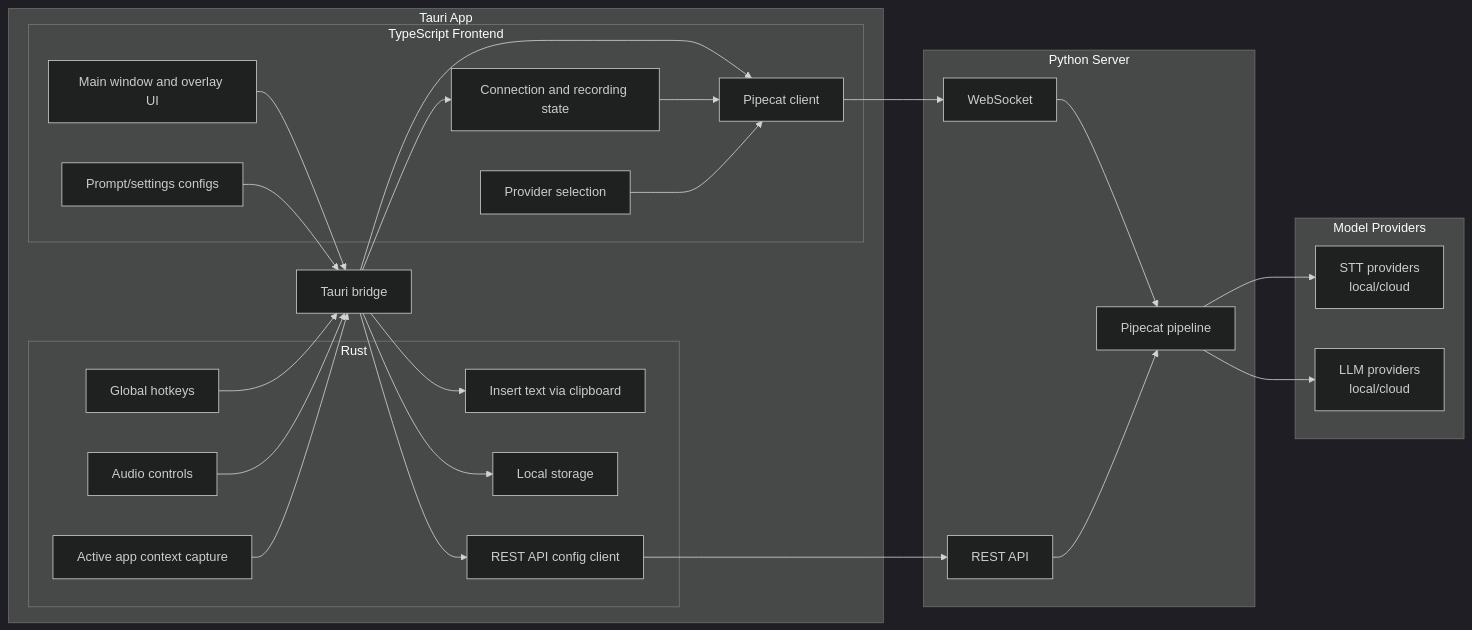
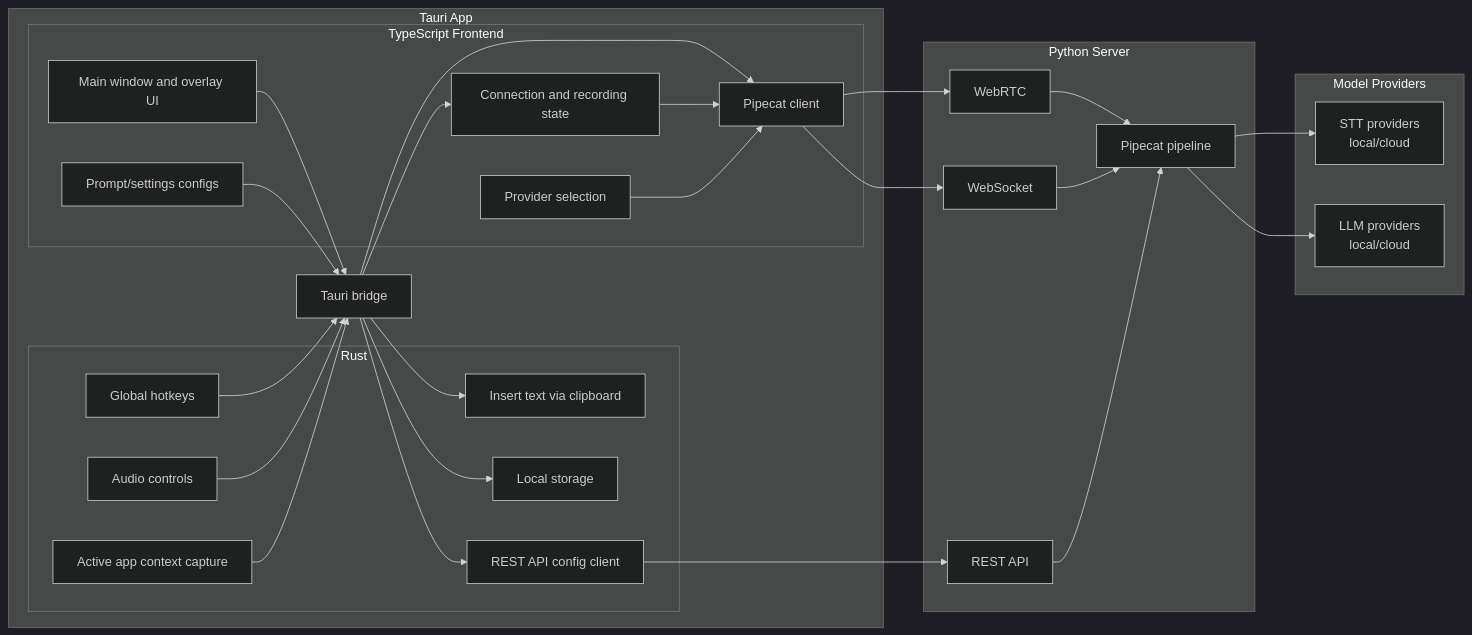
Before and after one commit to geekbozu/tambourine-voice: the diagram in docs/architecture-diagram.md, drawn with Mermaid (dark theme). The commit also changed other lines of this file and 1 other file, not shown here.

````diff
--- a/docs/architecture-diagram.md
+++ b/docs/architecture-diagram.md
@@ -17,53 +17,56 @@
 ```mermaid
 flowchart LR
     subgraph Tauri["Tauri App"]
         subgraph Rust["Rust"]
             RustHotkeys[Global hotkeys]
             RustAudio[Audio controls]
             RustTypeText[Insert text via clipboard]
             RustActiveContext[Active app context capture]
             RustStorage[Local storage]
             RustConfigSync[REST API config client]
         end
 
         subgraph Frontend["TypeScript Frontend"]
             FrontendUI[Main window and overlay UI]
             FrontendState[Connection and recording state]
             FrontendClient[Pipecat client]
             FrontendProviderSwitch[Provider selection]
             FrontendPromptConfig[Prompt/settings configs]
         end
 
         TauriBridge[Tauri bridge]
     end
 
     subgraph Server["Python Server"]
+        ServerWebRTC[WebRTC]
         ServerWebSocket[WebSocket]
         ServerREST[REST API]
         ServerPipeline[Pipecat pipeline]
     end
 
     subgraph Models["Model Providers"]
         ModelSTT[STT providers<br/>local/cloud]
         ModelLLM[LLM providers<br/>local/cloud]
     end
 
     RustHotkeys --> TauriBridge
     RustAudio --> TauriBridge
     RustActiveContext --> TauriBridge
     FrontendUI --> TauriBridge
     TauriBridge --> FrontendState
     TauriBridge --> FrontendClient
     TauriBridge --> RustStorage
     TauriBridge --> RustTypeText
     FrontendState --> FrontendClient
+    FrontendClient --> ServerWebRTC
     FrontendClient --> ServerWebSocket
     RustConfigSync --> ServerREST
+    ServerWebRTC --> ServerPipeline
     ServerWebSocket --> ServerPipeline
     ServerREST --> ServerPipeline
     FrontendProviderSwitch --> FrontendClient
     FrontendPromptConfig --> TauriBridge
     TauriBridge --> RustConfigSync
     ServerPipeline --> ModelSTT
     ServerPipeline --> ModelLLM
 ```
````
